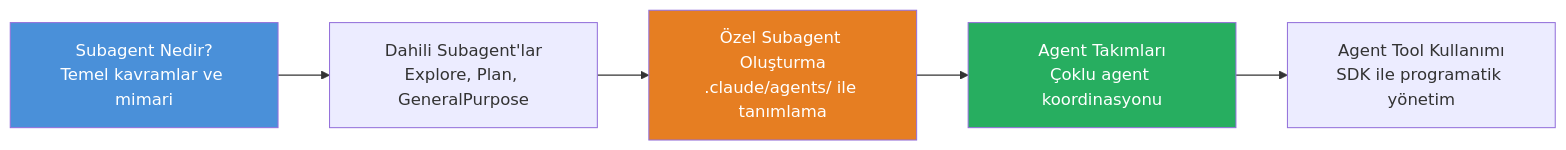
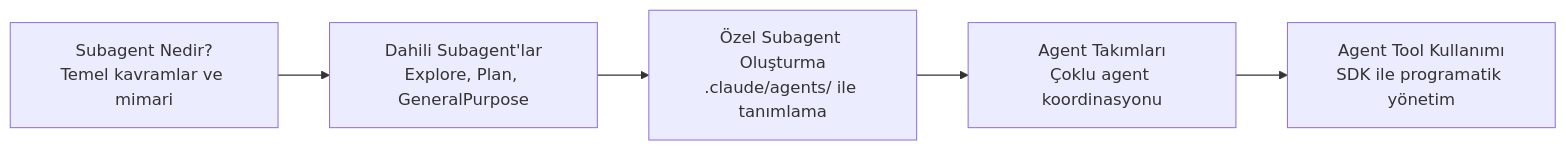
One commit to IzzetYasinAtes/ClaudeCodeHandbook changed the first of 2 diagrams in 13-subagentlar-ve-agent-takimlari/README.md. Above: the diagram before and after it, drawn with Mermaid. The commit also changed 97 other files, not shown here.

Commit message:
Remove all custom Mermaid style/fill colors from 98 markdown files for consistent dark theme rendering

````diff
--- a/13-subagentlar-ve-agent-takimlari/README.md
+++ b/13-subagentlar-ve-agent-takimlari/README.md
@@ -7,11 +7,8 @@
 ```mermaid
 flowchart LR
     A["Subagent Nedir?<br/>Temel kavramlar ve mimari"] --> B["Dahili Subagent'lar<br/>Explore, Plan, GeneralPurpose"]
     B --> C["Özel Subagent Oluşturma<br/>.claude/agents/ ile tanımlama"]
     C --> D["Agent Takımları<br/>Çoklu agent koordinasyonu"]
     D --> E["Agent Tool Kullanımı<br/>SDK ile programatik yönetim"]
 
-    style A fill:#4A90D9,color:#fff
-    style C fill:#E67E22,color:#fff
-    style D fill:#27AE60,color:#fff
 ```
````
